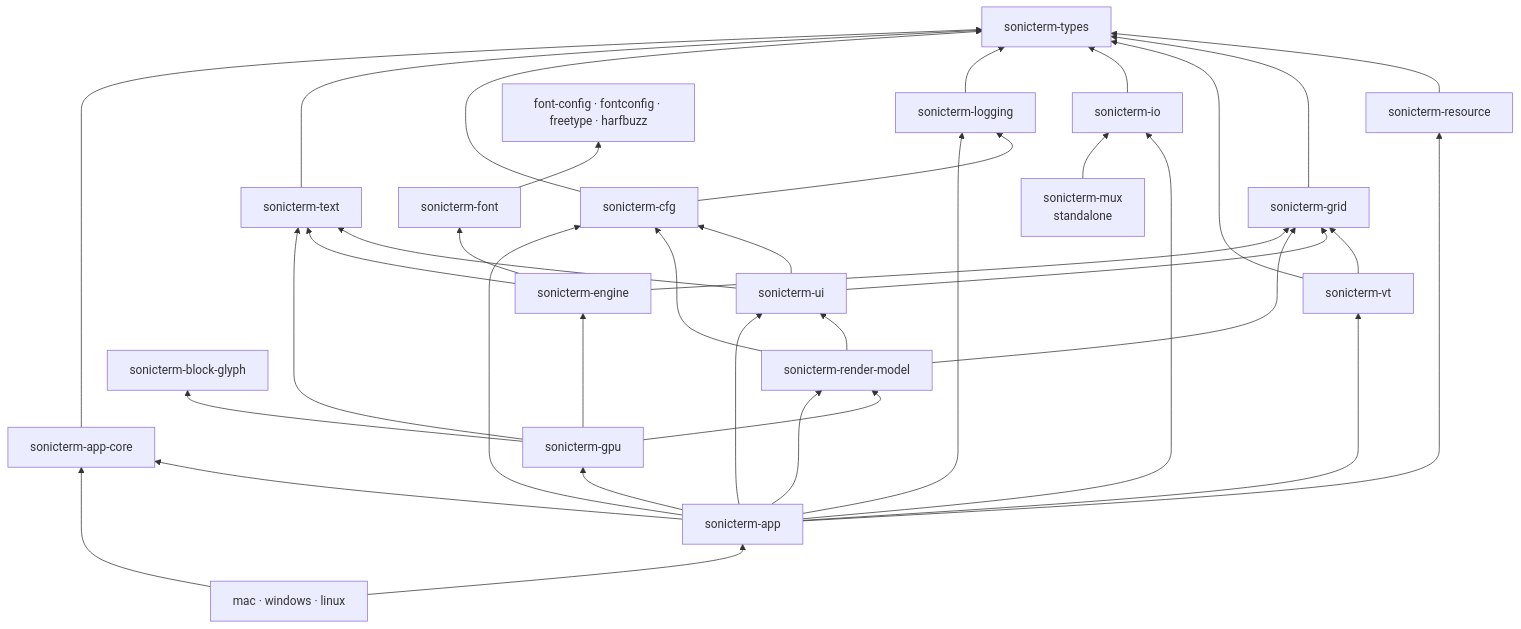
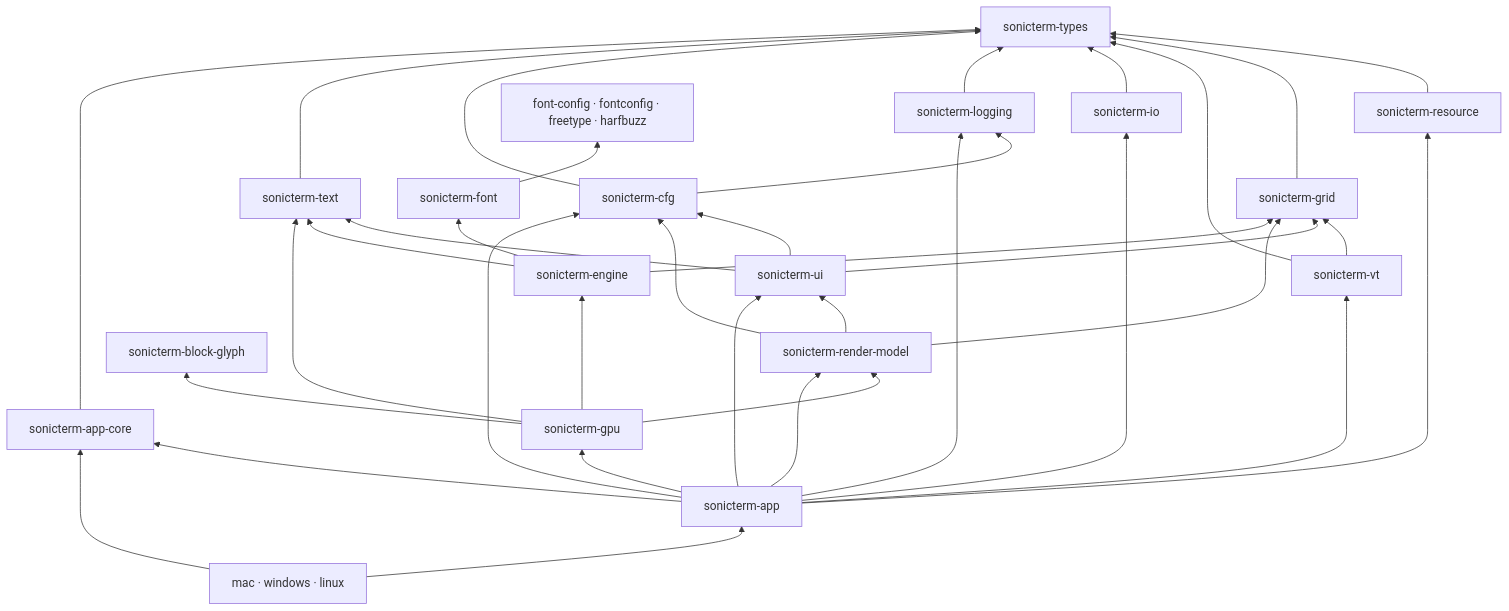
One commit to D0n9X1n/SonicTerm changed the first of 2 diagrams in wiki/Crate-Reference.md. Above: the diagram before and after it, drawn with Mermaid. The commit also changed other lines of this file and 31 other files, not shown here.

First line of the commit message:
chore(mux): remove the unused standalone daemon

````diff
--- a/wiki/Crate-Reference.md
+++ b/wiki/Crate-Reference.md
@@ -13,59 +13,57 @@
 ```mermaid
 flowchart BT
     types["sonicterm-types"]
     resource["sonicterm-resource"]
     grid["sonicterm-grid"]
     vt["sonicterm-vt"]
     io["sonicterm-io"]
     logging["sonicterm-logging"]
     cfg["sonicterm-cfg"]
     text["sonicterm-text"]
     ui["sonicterm-ui"]
     model["sonicterm-render-model"]
     fontparts["font-config · fontconfig · freetype · harfbuzz"]
     font["sonicterm-font"]
     engine["sonicterm-engine"]
     block["sonicterm-block-glyph"]
     gpu["sonicterm-gpu"]
     core["sonicterm-app-core"]
     app["sonicterm-app"]
     platforms["mac · windows · linux"]
-    mux["sonicterm-mux<br/>standalone"]
 
     resource --> types
     grid --> types
     vt --> grid
     vt --> types
     io --> types
     logging --> types
     cfg --> logging
     cfg --> types
     text --> types
     ui --> cfg
     ui --> grid
     ui --> text
     model --> cfg
     model --> grid
     model --> ui
     font --> fontparts
     engine --> font
     engine --> grid
     engine --> text
     gpu --> block
     gpu --> model
     gpu --> engine
     gpu --> text
     core --> types
     app --> core
     app --> vt
     app --> io
     app --> cfg
     app --> ui
     app --> model
     app --> gpu
     app --> resource
     app --> logging
     platforms --> app
     platforms --> core
-    mux --> io
 ```
````
